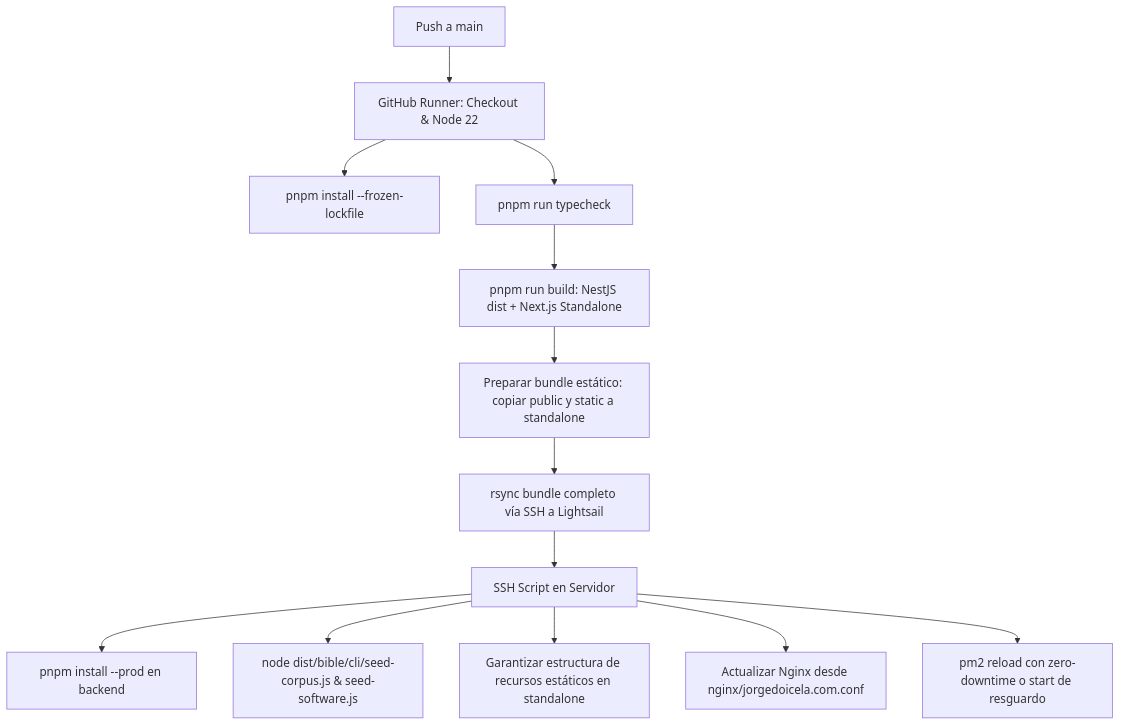
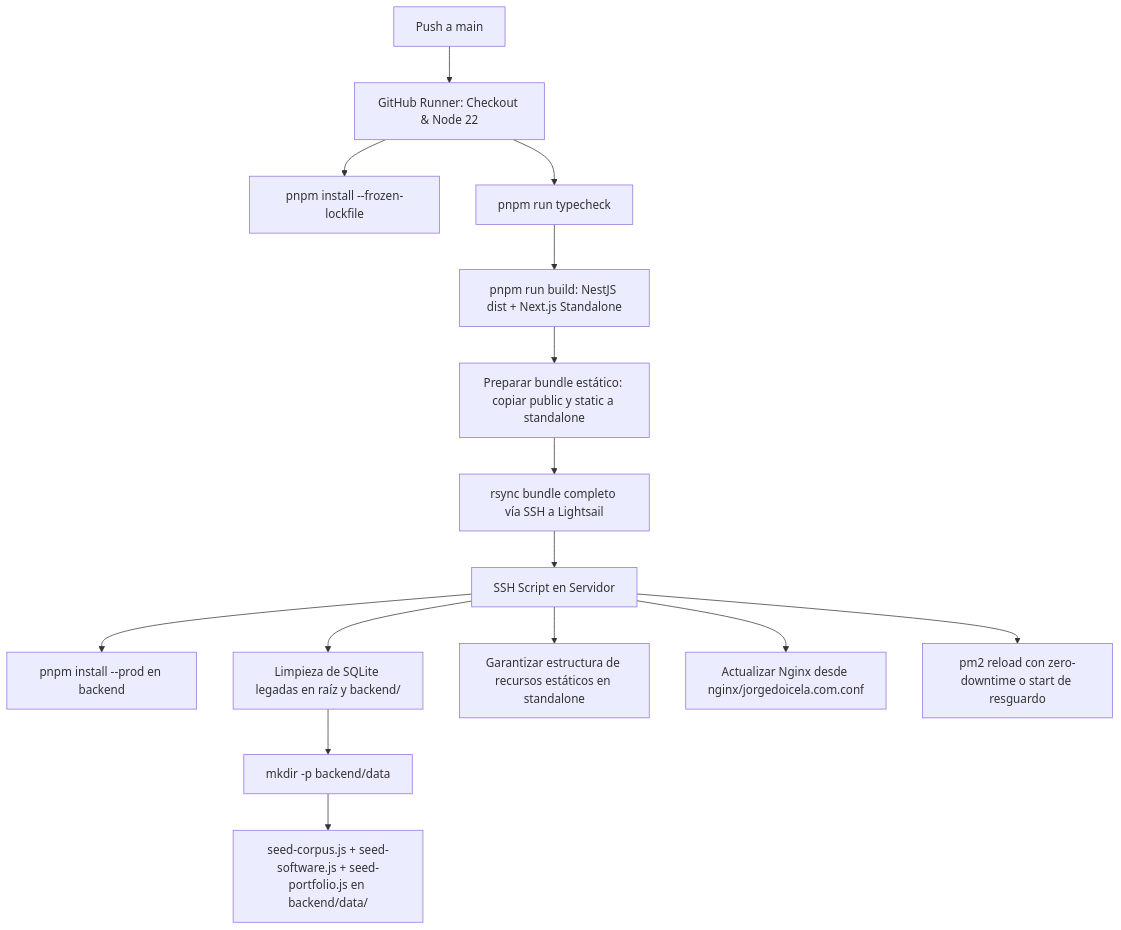
One commit to JorgeDoicela/jorge_doicela changed the diagram in docs/01-infraestructura-global/02-despliegue-y-servidor/01_despliegue_pm2_y_cicd.md. Above: the diagram before and after it, drawn with Mermaid. The commit also changed other lines of this file and 21 other files, not shown here.

````diff
--- a/docs/01-infraestructura-global/02-despliegue-y-servidor/01_despliegue_pm2_y_cicd.md
+++ b/docs/01-infraestructura-global/02-despliegue-y-servidor/01_despliegue_pm2_y_cicd.md
@@ -263,15 +263,17 @@
 ```mermaid
 graph TD
     A[Push a main] --> B[GitHub Runner: Checkout & Node 22]
     B --> C[pnpm install --frozen-lockfile]
     B --> D[pnpm run typecheck]
     D --> E[pnpm run build: NestJS dist + Next.js Standalone]
     E --> F[Preparar bundle estático: copiar public y static a standalone]
     F --> G[rsync bundle completo vía SSH a Lightsail]
     G --> H[SSH Script en Servidor]
     H --> I[pnpm install --prod en backend]
-    H --> J[node dist/bible/cli/seed-corpus.js & seed-software.js]
+    H --> I2[Limpieza de SQLite legadas en raíz y backend/]
+    I2 --> I3[mkdir -p backend/data]
+    I3 --> J[seed-corpus.js + seed-software.js + seed-portfolio.js en backend/data/]
     H --> K[Garantizar estructura de recursos estáticos en standalone]
     H --> L[Actualizar Nginx desde nginx/jorgedoicela.com.conf]
     H --> M[pm2 reload con zero-downtime o start de resguardo]
 ```
````
